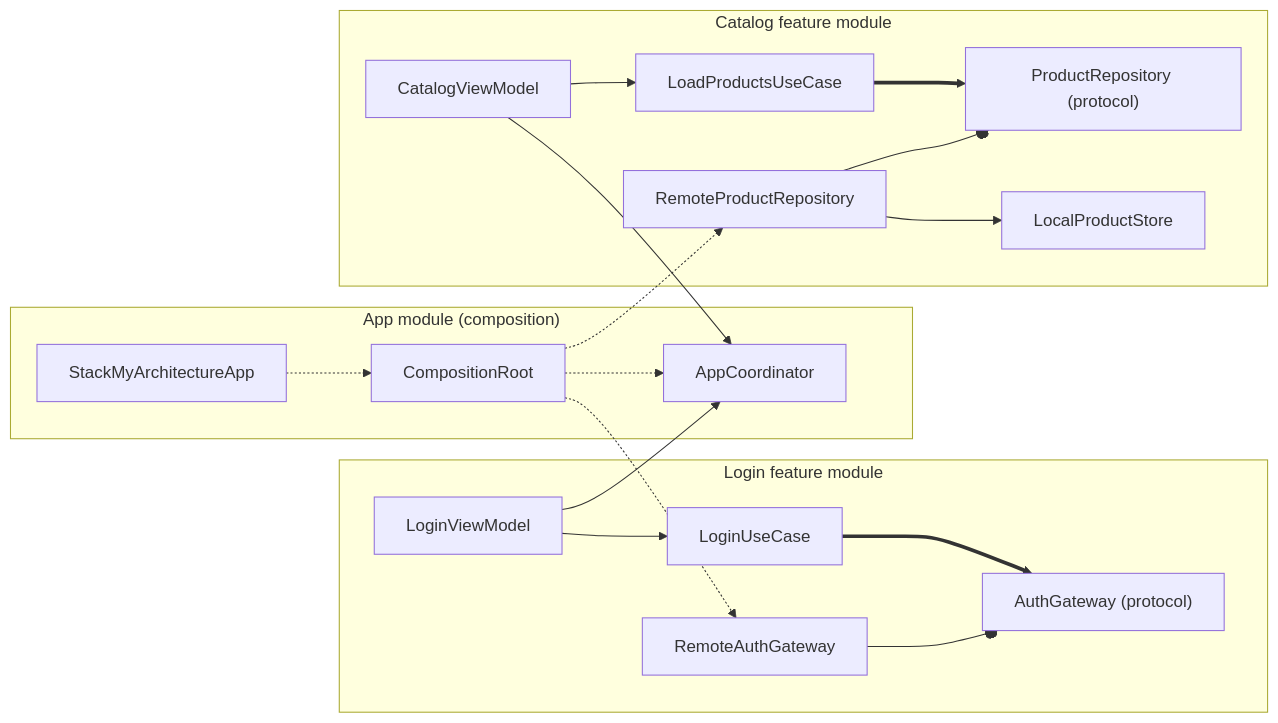
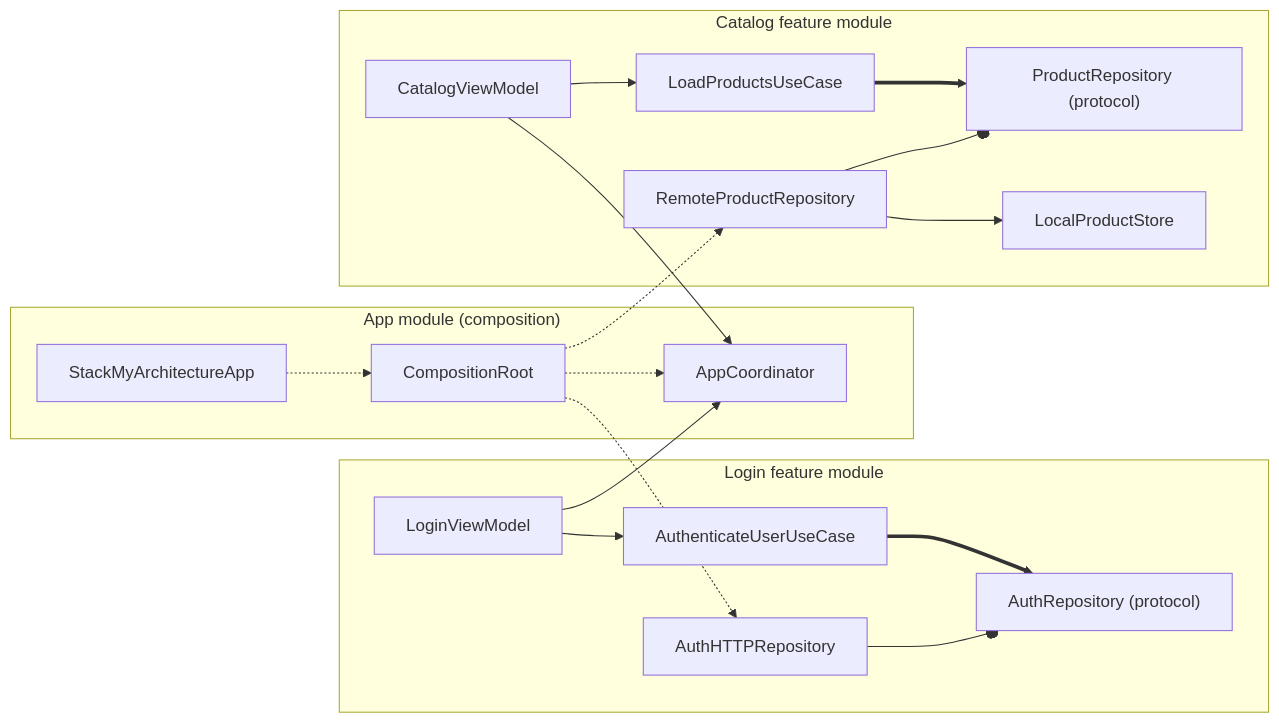
Before and after one commit to SwiftEnProfundidad/stack-my-architecture-ios: the second of 2 diagrams in 02-integracion/09-app-final-etapa-2.md, drawn with Mermaid. The commit also changed other lines of this file and 50 other files, not shown here.

````diff
--- a/02-integracion/09-app-final-etapa-2.md
+++ b/02-integracion/09-app-final-etapa-2.md
@@ -44,40 +44,40 @@
 ```mermaid
 flowchart LR
     subgraph APP["App module (composition)"]
         APPROOT["StackMyArchitectureApp"]
         CR["CompositionRoot"]
         COORD["AppCoordinator"]
     end
 
     subgraph LOGIN["Login feature module"]
         LVM["LoginViewModel"]
-        LUC["LoginUseCase"]
-        LGW["AuthGateway (protocol)"]
-        LREMOTE["RemoteAuthGateway"]
+        LUC["AuthenticateUserUseCase"]
+        LGW["AuthRepository (protocol)"]
+        LREMOTE["AuthHTTPRepository"]
     end
 
     subgraph CATALOG["Catalog feature module"]
         CVM["CatalogViewModel"]
         CUC["LoadProductsUseCase"]
         CREPO["ProductRepository (protocol)"]
         CREMOTE["RemoteProductRepository"]
         CSTORE["LocalProductStore"]
     end
 
     APPROOT -.-> CR
     CR -.-> COORD
     CR -.-> LREMOTE
     CR -.-> CREMOTE
 
     LVM --> LUC
     CVM --> CUC
     LVM --> COORD
     CVM --> COORD
 
     LUC ==> LGW
     CUC ==> CREPO
 
     LREMOTE --o LGW
     CREMOTE --o CREPO
     CREMOTE --> CSTORE
 ```
````
